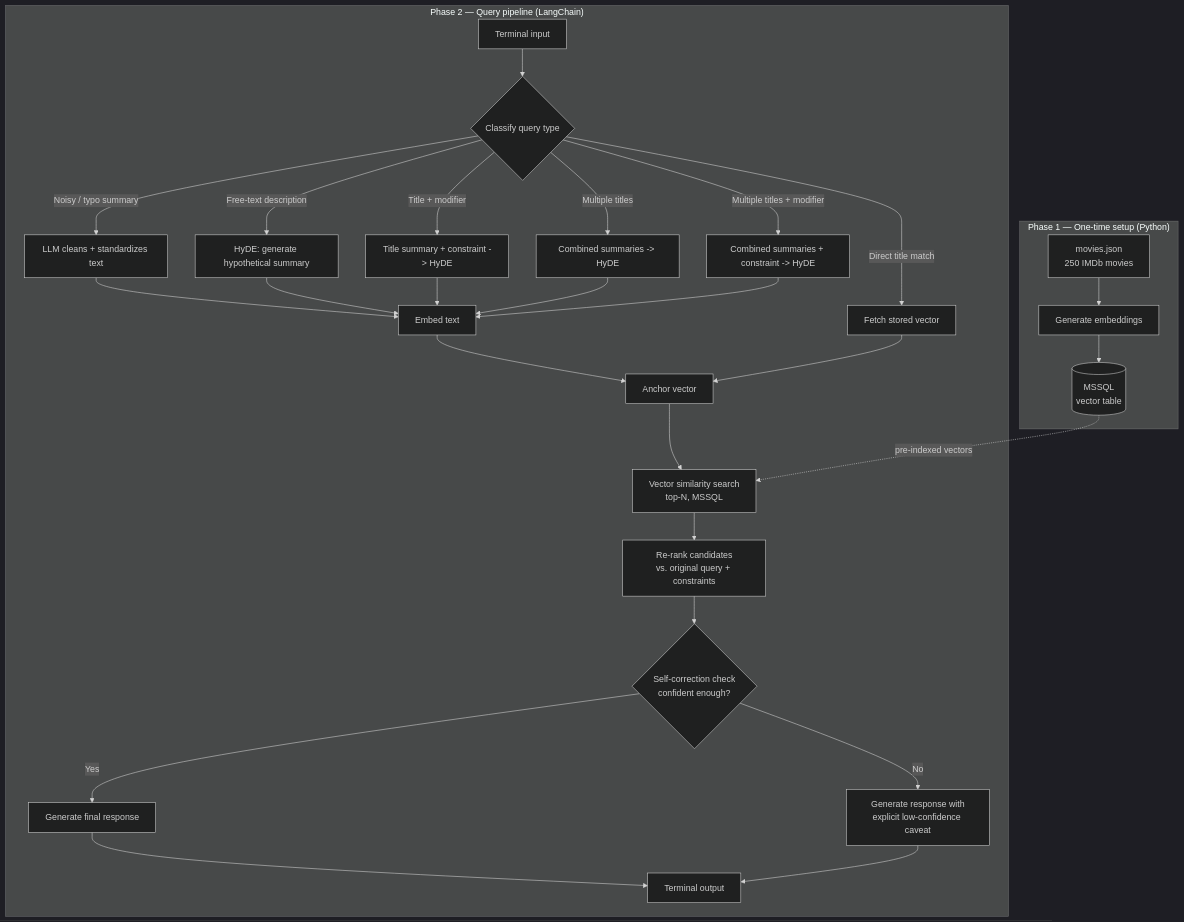
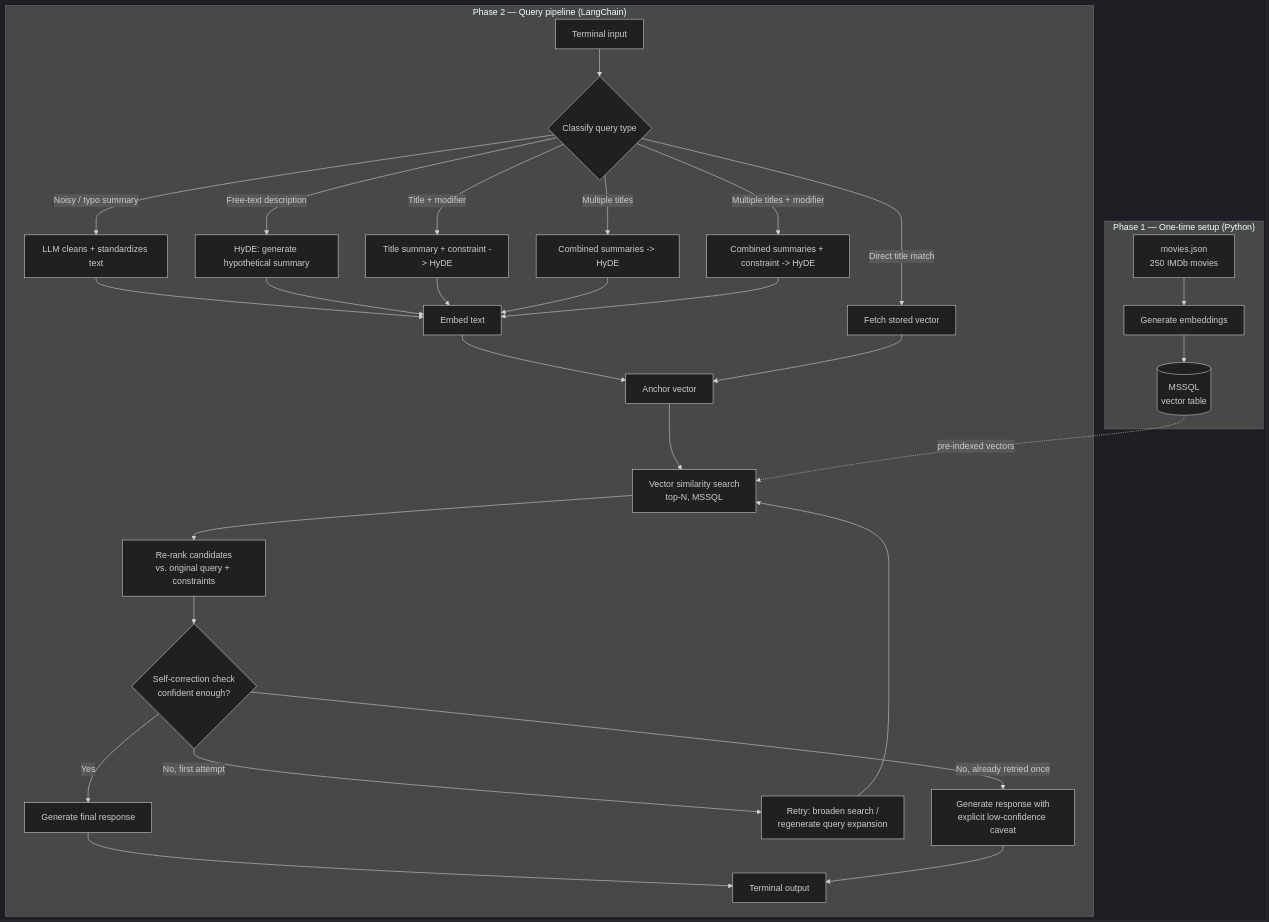
One commit to MohamadRezaRS/askcael-demo changed the diagram in README.md. Above: the diagram before and after it, drawn with Mermaid (dark theme). The commit also changed other lines of this file, not shown here.

````diff
--- a/README.md
+++ b/README.md
@@ -11,35 +11,37 @@
 ```mermaid
 flowchart TD
     subgraph Setup["Phase 1 — One-time setup (Python)"]
         A[movies.json<br/>250 IMDb movies] --> B[Generate embeddings]
         B --> C[(MSSQL<br/>vector table)]
     end
 
     subgraph Runtime["Phase 2 — Query pipeline (LangChain)"]
         D[Terminal input] --> E{Classify query type}
         E -->|Noisy / typo summary| F[LLM cleans + standardizes text]
         E -->|Free-text description| G[HyDE: generate hypothetical summary]
         E -->|Direct title match| H[Fetch stored vector]
         E -->|Title + modifier| I[Title summary + constraint -> HyDE]
         E -->|Multiple titles| J[Combined summaries -> HyDE]
         E -->|Multiple titles + modifier| K[Combined summaries + constraint -> HyDE]
 
         F --> L[Embed text]
         G --> L
         I --> L
         J --> L
         K --> L
         L --> M[Anchor vector]
         H --> M
 
         M --> N[Vector similarity search<br/>top-N, MSSQL]
         N --> O[Re-rank candidates<br/>vs. original query + constraints]
         O --> P{Self-correction check<br/>confident enough?}
         P -->|Yes| Q[Generate final response]
-        P -->|No| Q2[Generate response with<br/>explicit low-confidence caveat]
+        P -->|No, first attempt| S[Retry: broaden search /<br/>regenerate query expansion]
+        S --> N
+        P -->|No, already retried once| Q2[Generate response with<br/>explicit low-confidence caveat]
         Q --> R[Terminal output]
         Q2 --> R
     end
 
     C -.pre-indexed vectors.-> N
 ```
````
